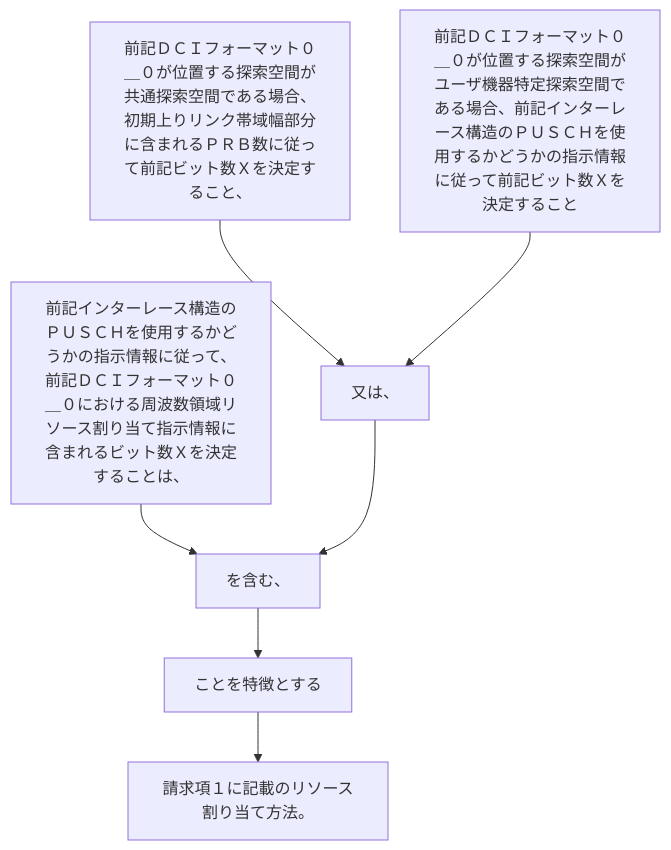
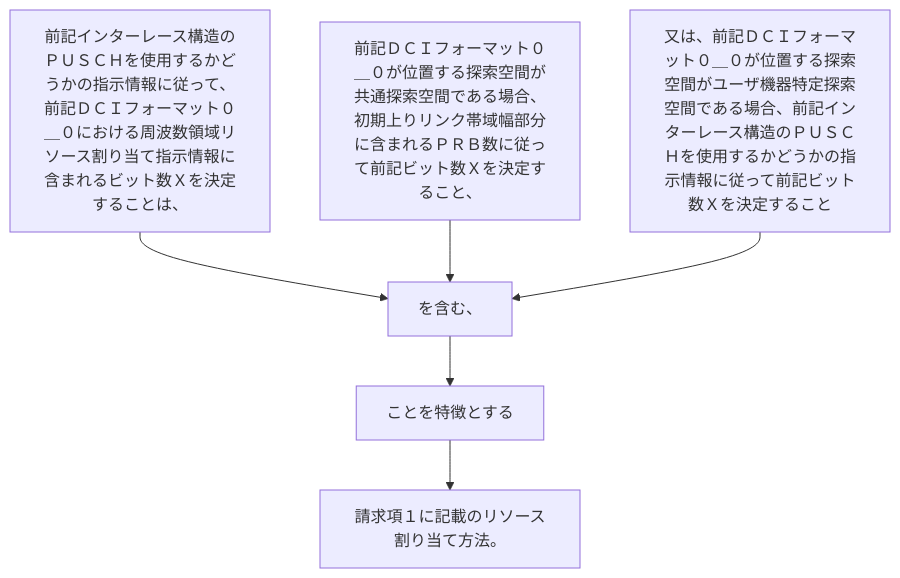
Before and after one commit to shinmori55/patent_analyzed: the diagram in 2024/JP2024029186A/claim_8/README.md, drawn with Mermaid. The commit also changed 336 other files, not shown here.

````diff
--- a/2024/JP2024029186A/claim_8/README.md
+++ b/2024/JP2024029186A/claim_8/README.md
@@ -5,16 +5,14 @@
 ```mermaid
 flowchart TD
 A[前記インターレース構造のＰＵＳＣＨを使用するかどうかの指示情報に従って、前記ＤＣＩフォーマット０＿０における周波数領域リソース割り当て指示情報に含まれるビット数Ｘを決定することは、]
 B[前記ＤＣＩフォーマット０＿０が位置する探索空間が共通探索空間である場合、初期上りリンク帯域幅部分に含まれるＰＲＢ数に従って前記ビット数Ｘを決定すること、]
-C[又は、]
-D[前記ＤＣＩフォーマット０＿０が位置する探索空間がユーザ機器特定探索空間である場合、前記インターレース構造のＰＵＳＣＨを使用するかどうかの指示情報に従って前記ビット数Ｘを決定すること]
-E[を含む、]
-F[ことを特徴とする]
-G[請求項１に記載のリソース割り当て方法。]
-A --> E
-B --> C
-D --> C
-C --> E
+C[又は、前記ＤＣＩフォーマット０＿０が位置する探索空間がユーザ機器特定探索空間である場合、前記インターレース構造のＰＵＳＣＨを使用するかどうかの指示情報に従って前記ビット数Ｘを決定すること]
+D[を含む、]
+E[ことを特徴とする]
+F[請求項１に記載のリソース割り当て方法。]
+A --> D
+B --> D
+C --> D
+D --> E
 E --> F
-F --> G
 ```
````
